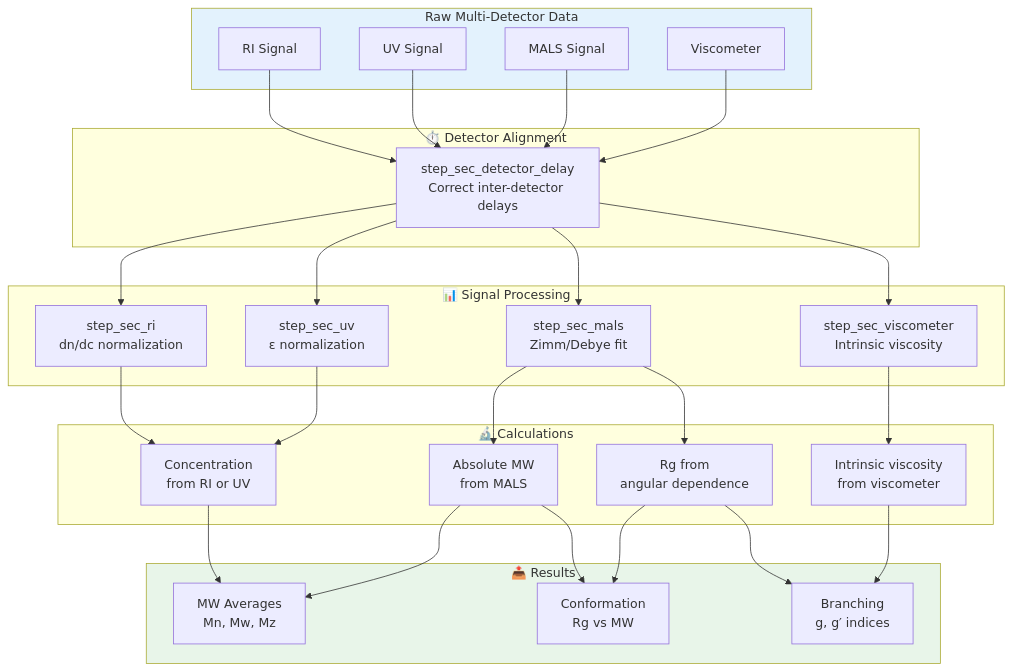
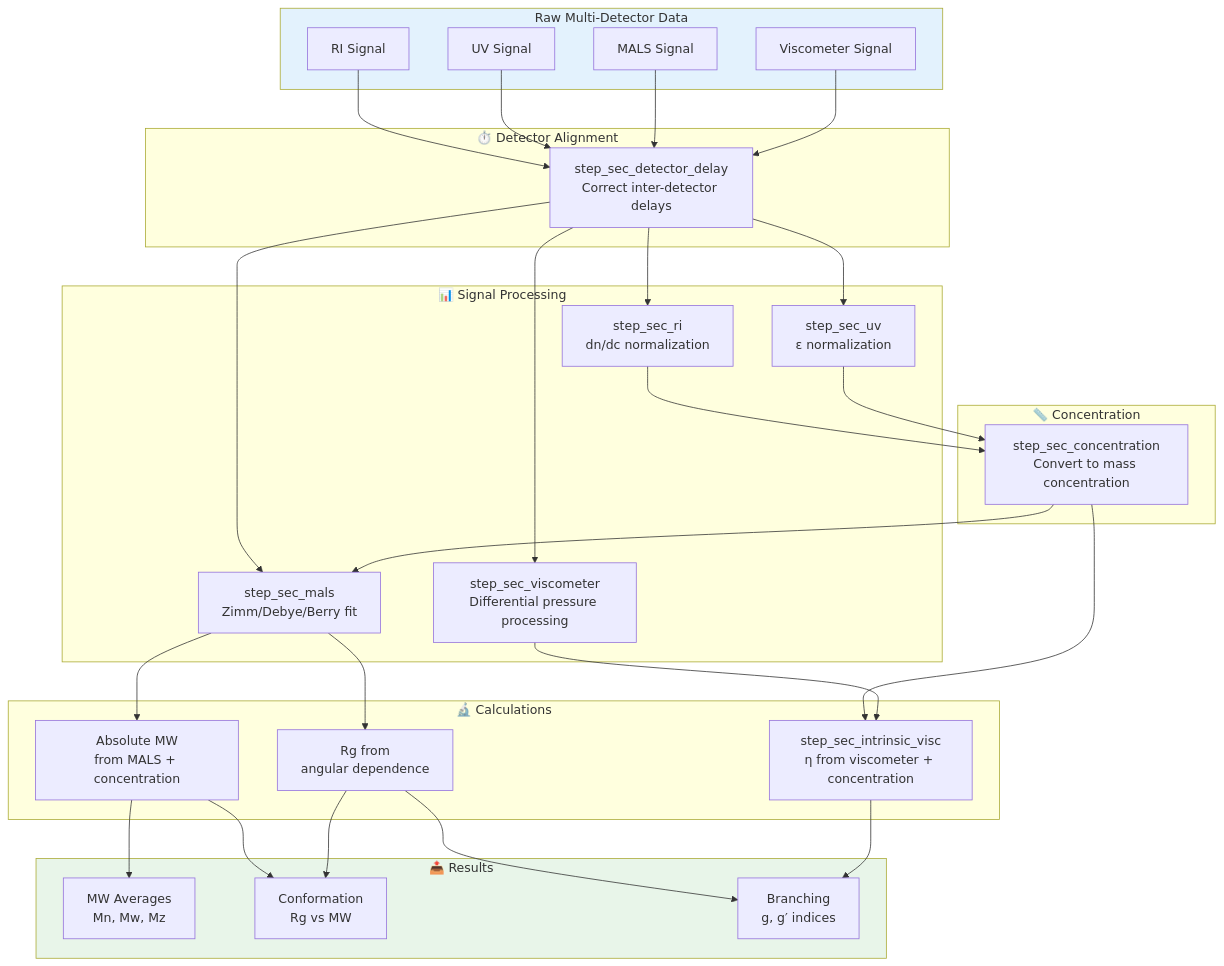
The diagram in vignettes/triple-detection.Rmd (JamesHWade/measure.sec), drawn with Mermaid before and after one commit. The commit also changed other lines of this file and 3 other files, not shown here.

First line of the commit message:
fix: Address PR review feedback for workflow diagrams

````diff
--- a/vignettes/triple-detection.Rmd
+++ b/vignettes/triple-detection.Rmd
@@ -32,46 +34,50 @@
 ```mermaid
 flowchart TB
     subgraph Input["Raw Multi-Detector Data"]
         A1[RI Signal]
         A2[UV Signal]
         A3[MALS Signal]
-        A4[Viscometer]
+        A4[Viscometer Signal]
     end
 
     subgraph Align["⏱️ Detector Alignment"]
         B[step_sec_detector_delay<br>Correct inter-detector delays]
     end
 
     subgraph Process["📊 Signal Processing"]
         C1[step_sec_ri<br>dn/dc normalization]
         C2[step_sec_uv<br>ε normalization]
-        C3[step_sec_mals<br>Zimm/Debye fit]
-        C4[step_sec_viscometer<br>Intrinsic viscosity]
+        C3[step_sec_mals<br>Zimm/Debye/Berry fit]
+        C4[step_sec_viscometer<br>Differential pressure processing]
+    end
+
+    subgraph Concentration["📏 Concentration"]
+        D0[step_sec_concentration<br>Convert to mass concentration]
     end
 
     subgraph Calculate["🔬 Calculations"]
-        D1[Concentration<br>from RI or UV]
-        D2[Absolute MW<br>from MALS]
+        D2[Absolute MW<br>from MALS + concentration]
         D3[Rg from<br>angular dependence]
-        D4[Intrinsic viscosity<br>from viscometer]
+        D4[step_sec_intrinsic_visc<br>η from viscometer + concentration]
     end
 
     subgraph Results["📤 Results"]
         E1[MW Averages<br>Mn, Mw, Mz]
         E2[Conformation<br>Rg vs MW]
         E3[Branching<br>g, g′ indices]
     end
 
     A1 & A2 & A3 & A4 --> B
     B --> C1 & C2 & C3 & C4
-    C1 --> D1
-    C2 --> D1
+    C1 & C2 --> D0
+    D0 --> C3
+    D0 --> D4
     C3 --> D2 & D3
     C4 --> D4
-    D1 & D2 --> E1
+    D2 --> E1
     D2 & D3 --> E2
     D3 & D4 --> E3
 
     style Input fill:#e3f2fd
     style Results fill:#e8f5e9
 ```
````
